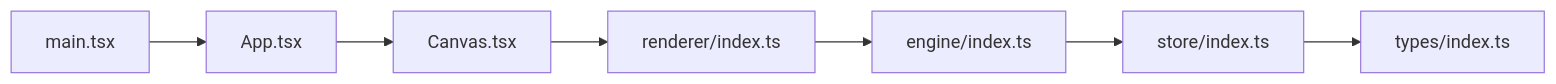
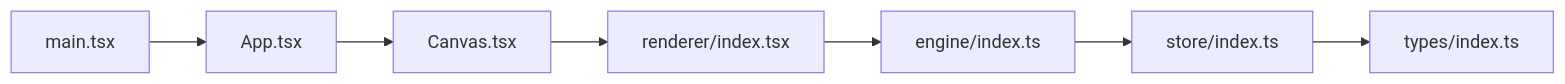
One commit to Anna0314zy/ai_editor_enginer changed the eighth of 8 diagrams in .qoder/repowiki/en/content/Rendering System/Rendering System.md. Above: the diagram before and after it, drawn with Mermaid. The commit also changed other lines of this file and 41 other files, not shown here.

````diff
--- a/.qoder/repowiki/en/content/Rendering System/Rendering System.md
+++ b/.qoder/repowiki/en/content/Rendering System/Rendering System.md
@@ -282,9 +292,9 @@
 ```mermaid
 graph LR
 MAIN["main.tsx"] --> APP["App.tsx"]
 APP --> CANVAS["Canvas.tsx"]
-CANVAS --> RENDERER["renderer/index.ts"]
+CANVAS --> RENDERER["renderer/index.tsx"]
 RENDERER --> ENGINE["engine/index.ts"]
 ENGINE --> STORE["store/index.ts"]
 STORE --> TYPES["types/index.ts"]
 ```
````
